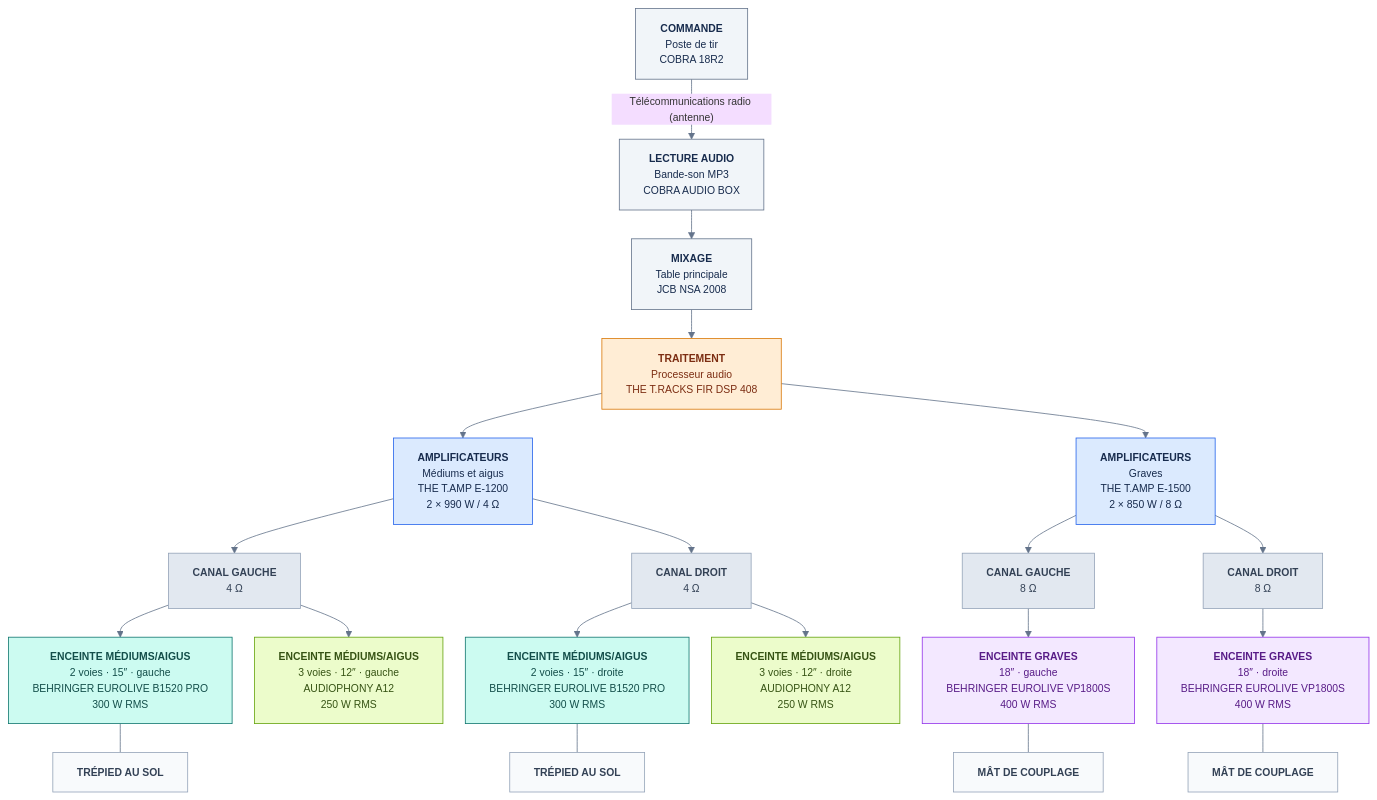
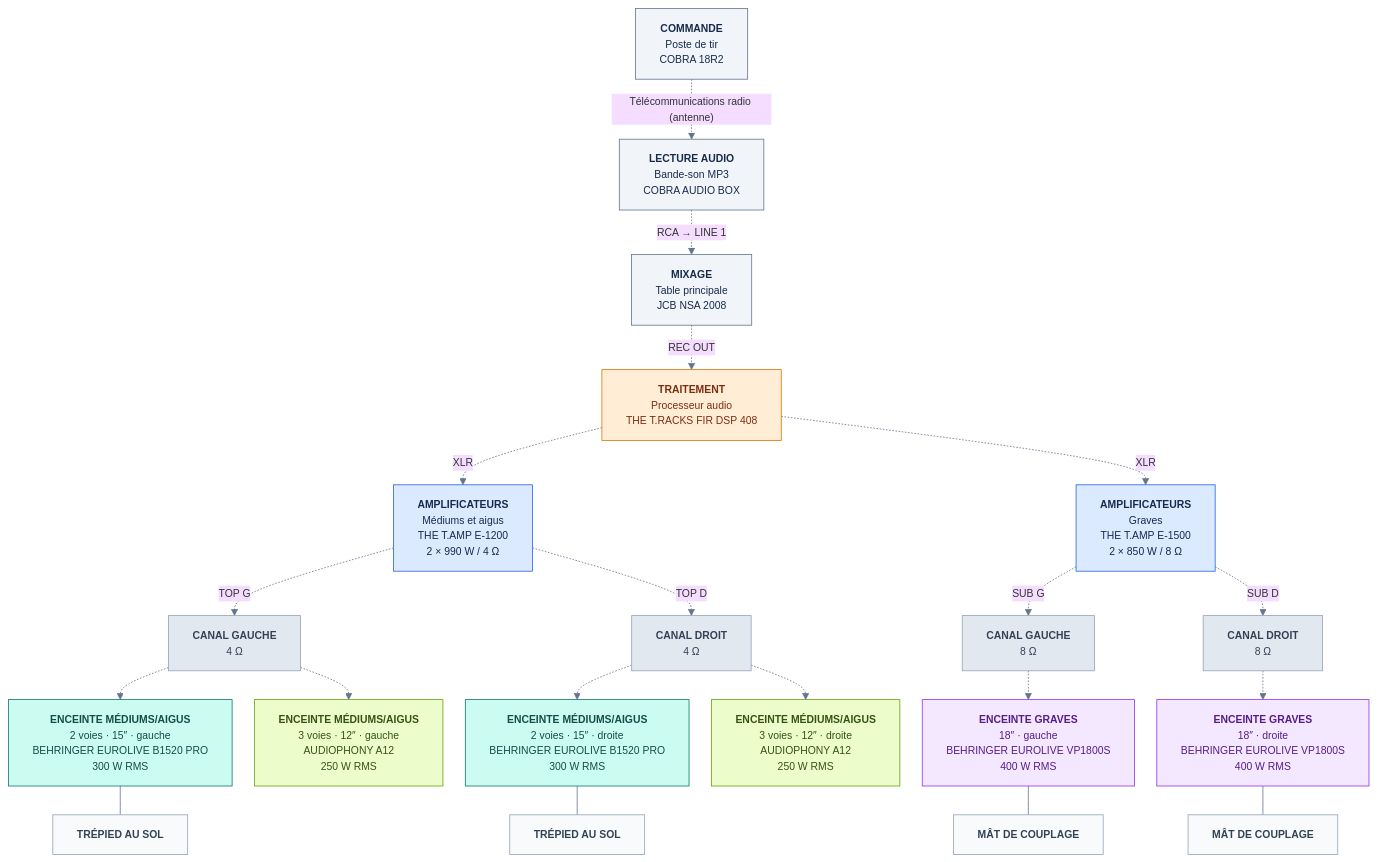
Before and after one commit to HAZIT-FR/PGE-SONO: the first of 3 diagrams in README.md, drawn with Mermaid.

Commit message:
docs: simplifier le schéma avec une seule liaison pointillée par connexion

```diff
--- a/README.md
+++ b/README.md
@@ -34,62 +34,63 @@
 ~~~mermaid
 %%{init: {"flowchart": {"nodeSpacing": 28, "rankSpacing": 36, "htmlLabels": true, "wrappingWidth": 320}, "theme": "base", "themeVariables": {"fontSize": "13px", "lineColor": "#64748b"}}}%%
 flowchart TB
   A["<b>COMMANDE</b><br/>Poste de tir<br/>COBRA 18R2"]
   B["<b>LECTURE AUDIO</b><br/>Bande-son MP3<br/>COBRA AUDIO BOX"]
   C["<b>MIXAGE</b><br/>Table principale<br/>JCB NSA 2008"]
   D["<b>TRAITEMENT</b><br/>Processeur audio<br/>THE T.RACKS FIR DSP 408"]
   E["<b>AMPLIFICATEURS</b><br/>Médiums et aigus<br/>THE T.AMP E-1200<br/>2 × 990 W / 4 Ω"]
   F["<b>AMPLIFICATEURS</b><br/>Graves<br/>THE T.AMP E-1500<br/>2 × 850 W / 8 Ω"]
   LG["<b>CANAL GAUCHE</b><br/>4 Ω"]
   LD["<b>CANAL DROIT</b><br/>4 Ω"]
   FG["<b>CANAL GAUCHE</b><br/>8 Ω"]
   FD["<b>CANAL DROIT</b><br/>8 Ω"]
   BG["<b>ENCEINTE MÉDIUMS/AIGUS</b><br/>2 voies · 15″ · gauche<br/>BEHRINGER EUROLIVE B1520 PRO<br/>300 W RMS"]
   BD["<b>ENCEINTE MÉDIUMS/AIGUS</b><br/>2 voies · 15″ · droite<br/>BEHRINGER EUROLIVE B1520 PRO<br/>300 W RMS"]
   AG["<b>ENCEINTE MÉDIUMS/AIGUS</b><br/>3 voies · 12″ · gauche<br/>AUDIOPHONY A12<br/>250 W RMS"]
   AD["<b>ENCEINTE MÉDIUMS/AIGUS</b><br/>3 voies · 12″ · droite<br/>AUDIOPHONY A12<br/>250 W RMS"]
   SG["<b>ENCEINTE GRAVES</b><br/>18″ · gauche<br/>BEHRINGER EUROLIVE VP1800S<br/>400 W RMS"]
   SD["<b>ENCEINTE GRAVES</b><br/>18″ · droite<br/>BEHRINGER EUROLIVE VP1800S<br/>400 W RMS"]
 
   TG["<b>TRÉPIED AU SOL</b>"]
   TD["<b>TRÉPIED AU SOL</b>"]
   MG["<b>MÂT DE COUPLAGE</b>"]
   MD["<b>MÂT DE COUPLAGE</b>"]
 
-  A -- "Télécommunications radio (antenne)" --> B
-  B --> C --> D
-  D --> E
-  D --> F
-  E --> LG
-  E --> LD
-  LG --> BG
-  LG --> AG
-  LD --> BD
-  LD --> AD
-  F --> FG
-  F --> FD
-  FG --> SG
-  FD --> SD
+  A -. "Télécommunications radio (antenne)" .-> B
+  B -. "RCA → LINE 1" .-> C
+  C -. "REC OUT" .-> D
+  D -. "XLR" .-> E
+  D -. "XLR" .-> F
+  E -. "TOP G" .-> LG
+  E -. "TOP D" .-> LD
+  F -. "SUB G" .-> FG
+  F -. "SUB D" .-> FD
+  LG -.-> BG
+  LG -.-> AG
+  LD -.-> BD
+  LD -.-> AD
+  FG -.-> SG
+  FD -.-> SD
 
   BG --- TG
   BD --- TD
   SG --- MG
   SD --- MD
 
   classDef commande fill:#f1f5f9,stroke:#64748b,color:#172b4d;
   classDef processeur fill:#ffedd5,stroke:#d97706,color:#7c2d12;
   classDef amplis fill:#dbeafe,stroke:#2563eb,color:#172b4d;
   classDef canaux fill:#e2e8f0,stroke:#94a3b8,color:#334155;
   classDef principales fill:#ccfbf1,stroke:#0f766e,color:#134e4a;
   classDef appoint fill:#ecfccb,stroke:#65a30d,color:#365314;
   classDef basses fill:#f3e8ff,stroke:#9333ea,color:#581c87;
   classDef support fill:#f8fafc,stroke:#94a3b8,color:#334155;
   class A,B,C commande;
   class D processeur;
   class E,F amplis;
   class LG,LD,FG,FD canaux;
   class BG,BD principales;
   class AG,AD appoint;
   class SG,SD basses;
   class TG,TD,MG,MD support;
 ~~~
```
